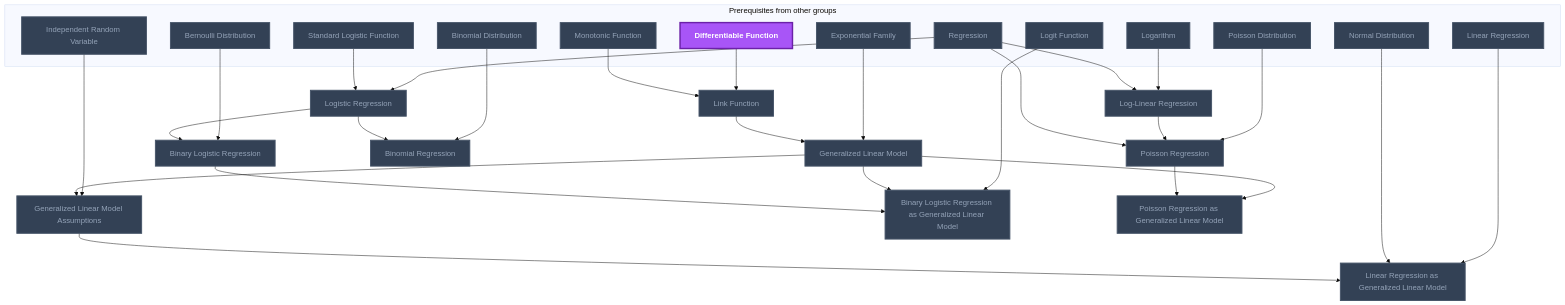
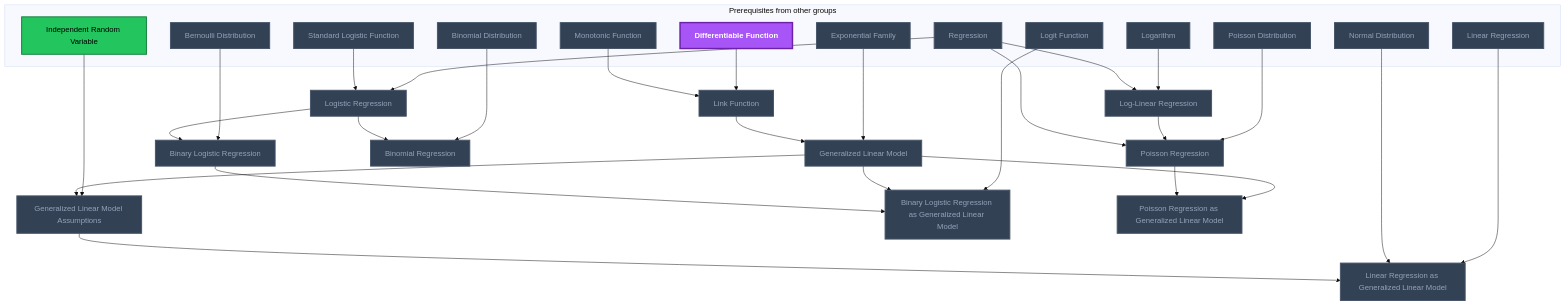
One commit to MRauf1/My-Notes changed the tenth of 11 diagrams in Gamification/Skill Trees/Categorical Variable Prediction.md. Above: the diagram before and after it, drawn with Mermaid (base theme). The commit also changed other lines of this file and 42 other files, not shown here.

````diff
--- a/Gamification/Skill Trees/Categorical Variable Prediction.md
+++ b/Gamification/Skill Trees/Categorical Variable Prediction.md
@@ -572,66 +575,67 @@
 ```mermaid
 flowchart TD
     classDef planned fill:#1E293B,stroke:#64748B,stroke-width:2px,stroke-dasharray:5 5,color:#94A3B8;
     classDef locked fill:#334155,stroke:#475569,stroke-width:2px,color:#94A3B8;
     classDef L0 fill:#F1F5F9,stroke:#94A3B8,stroke-width:2px,color:#000000;
     classDef L1 fill:#22C55E,stroke:#15803D,stroke-width:2px,color:#000000;
     classDef L2 fill:#3B82F6,stroke:#1D4ED8,stroke-width:3px,color:#FFFFFF;
     classDef L3 fill:#A855F7,stroke:#6B21A8,stroke-width:3px,color:#FFFFFF,font-weight:bold;
     classDef L4 fill:#F97316,stroke:#C2410C,stroke-width:4px,color:#000000,font-weight:bold;
     classDef L5 fill:#FFD700,stroke:#FF8C00,stroke-width:5px,color:#000000,font-weight:bold;
     classDef rusty stroke:#8B4513,stroke-width:4px,stroke-dasharray:3 3;
     subgraph sg_prereqs["Prerequisites from other groups"]
         n_differentiable_function["Differentiable Function"]
         n_monotonic_function["Monotonic Function"]
         n_exponential_family["Exponential Family"]
         n_independent_random_variable["Independent Random Variable"]
         n_linear_regression["Linear Regression"]
         n_normal_distribution["Normal Distribution"]
         n_regression["Regression"]
         n_standard_logistic_function["Standard Logistic Function"]
         n_bernoulli_distribution["Bernoulli Distribution"]
         n_logit_function["Logit Function"]
         n_binomial_distribution["Binomial Distribution"]
         n_logarithm["Logarithm"]
         n_poisson_distribution["Poisson Distribution"]
     end
     n_link_function["Link Function"]
     n_generalized_linear_model["Generalized Linear Model"]
     n_generalized_linear_model_assumptions["Generalized Linear Model Assumptions"]
     n_linear_regression_as_generalized_linear_model["Linear Regression as Generalized Linear Model"]
     n_logistic_regression["Logistic Regression"]
     n_binary_logistic_regression["Binary Logistic Regression"]
     n_binary_logistic_regression_as_generalized_linear_model["Binary Logistic Regression as Generalized Linear Model"]
     n_binomial_regression["Binomial Regression"]
     n_log_linear_regression["Log-Linear Regression"]
     n_poisson_regression["Poisson Regression"]
     n_poisson_regression_as_generalized_linear_model["Poisson Regression as Generalized Linear Model"]
     n_differentiable_function --> n_link_function
     n_monotonic_function --> n_link_function
     n_exponential_family --> n_generalized_linear_model
     n_link_function --> n_generalized_linear_model
     n_independent_random_variable --> n_generalized_linear_model_assumptions
     n_generalized_linear_model --> n_generalized_linear_model_assumptions
     n_linear_regression --> n_linear_regression_as_generalized_linear_model
     n_normal_distribution --> n_linear_regression_as_generalized_linear_model
     n_generalized_linear_model_assumptions --> n_linear_regression_as_generalized_linear_model
     n_regression --> n_logistic_regression
     n_standard_logistic_function --> n_logistic_regression
     n_bernoulli_distribution --> n_binary_logistic_regression
     n_logistic_regression --> n_binary_logistic_regression
     n_logit_function --> n_binary_logistic_regression_as_generalized_linear_model
     n_generalized_linear_model --> n_binary_logistic_regression_as_generalized_linear_model
     n_binary_logistic_regression --> n_binary_logistic_regression_as_generalized_linear_model
     n_binomial_distribution --> n_binomial_regression
     n_logistic_regression --> n_binomial_regression
     n_logarithm --> n_log_linear_regression
     n_regression --> n_log_linear_regression
     n_poisson_distribution --> n_poisson_regression
     n_log_linear_regression --> n_poisson_regression
     n_generalized_linear_model --> n_poisson_regression_as_generalized_linear_model
     n_poisson_regression --> n_poisson_regression_as_generalized_linear_model
     n_regression --> n_poisson_regression
-    class n_monotonic_function,n_exponential_family,n_independent_random_variable,n_linear_regression,n_normal_distribution,n_regression,n_standard_logistic_function,n_bernoulli_distribution,n_logit_function,n_binomial_distribution,n_logarithm,n_poisson_distribution,n_link_function,n_generalized_linear_model,n_generalized_linear_model_assumptions,n_linear_regression_as_generalized_linear_model,n_logistic_regression,n_binary_logistic_regression,n_binary_logistic_regression_as_generalized_linear_model,n_binomial_regression,n_log_linear_regression,n_poisson_regression,n_poisson_regression_as_generalized_linear_model locked;
+    class n_monotonic_function,n_exponential_family,n_linear_regression,n_normal_distribution,n_regression,n_standard_logistic_function,n_bernoulli_distribution,n_logit_function,n_binomial_distribution,n_logarithm,n_poisson_distribution,n_link_function,n_generalized_linear_model,n_generalized_linear_model_assumptions,n_linear_regression_as_generalized_linear_model,n_logistic_regression,n_binary_logistic_regression,n_binary_logistic_regression_as_generalized_linear_model,n_binomial_regression,n_log_linear_regression,n_poisson_regression,n_poisson_regression_as_generalized_linear_model locked;
+    class n_independent_random_variable L1;
     class n_differentiable_function L3;
     class n_differentiable_function,n_monotonic_function,n_exponential_family,n_independent_random_variable,n_linear_regression,n_normal_distribution,n_regression,n_standard_logistic_function,n_bernoulli_distribution,n_logit_function,n_binomial_distribution,n_logarithm,n_poisson_distribution,n_link_function,n_generalized_linear_model,n_generalized_linear_model_assumptions,n_linear_regression_as_generalized_linear_model,n_logistic_regression,n_binary_logistic_regression,n_binary_logistic_regression_as_generalized_linear_model,n_binomial_regression,n_log_linear_regression,n_poisson_regression,n_poisson_regression_as_generalized_linear_model internal-link;
 ```
````
